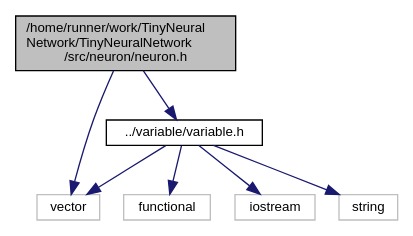
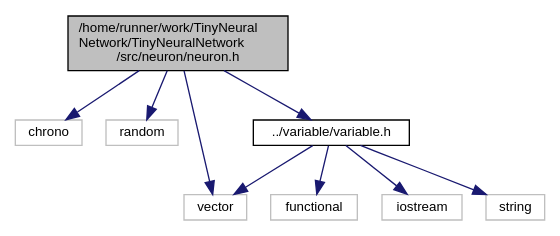
One commit to MaoSong2022/TinyNeuralNetwork changed the diagram in neuron_8h__incl.dot. Above: the diagram before and after it, drawn with Graphviz. The commit also changed 93 other files, not shown here.

```diff
--- a/neuron_8h__incl.dot
+++ b/neuron_8h__incl.dot
@@ -1,18 +1,22 @@
 digraph "/home/runner/work/TinyNeuralNetwork/TinyNeuralNetwork/src/neuron/neuron.h"
 {
  // LATEX_PDF_SIZE
   edge [fontname="Helvetica",fontsize="10",labelfontname="Helvetica",labelfontsize="10"];
   node [fontname="Helvetica",fontsize="10",shape=record];
   Node1 [label="/home/runner/work/TinyNeural\lNetwork/TinyNeuralNetwork\l/src/neuron/neuron.h",height=0.2,width=0.4,color="black", fillcolor="grey75", style="filled", fontcolor="black",tooltip=" "];
   Node1 -> Node2 [color="midnightblue",fontsize="10",style="solid",fontname="Helvetica"];
-  Node2 [label="vector",height=0.2,width=0.4,color="grey75", fillcolor="white", style="filled",tooltip=" "];
+  Node2 [label="chrono",height=0.2,width=0.4,color="grey75", fillcolor="white", style="filled",tooltip=" "];
   Node1 -> Node3 [color="midnightblue",fontsize="10",style="solid",fontname="Helvetica"];
-  Node3 [label="../variable/variable.h",height=0.2,width=0.4,color="black", fillcolor="white", style="filled",URL="$variable_8h.html",tooltip=" "];
-  Node3 -> Node4 [color="midnightblue",fontsize="10",style="solid",fontname="Helvetica"];
-  Node4 [label="functional",height=0.2,width=0.4,color="grey75", fillcolor="white", style="filled",tooltip=" "];
-  Node3 -> Node5 [color="midnightblue",fontsize="10",style="solid",fontname="Helvetica"];
-  Node5 [label="iostream",height=0.2,width=0.4,color="grey75", fillcolor="white", style="filled",tooltip=" "];
-  Node3 -> Node6 [color="midnightblue",fontsize="10",style="solid",fontname="Helvetica"];
-  Node6 [label="string",height=0.2,width=0.4,color="grey75", fillcolor="white", style="filled",tooltip=" "];
-  Node3 -> Node2 [color="midnightblue",fontsize="10",style="solid",fontname="Helvetica"];
+  Node3 [label="random",height=0.2,width=0.4,color="grey75", fillcolor="white", style="filled",tooltip=" "];
+  Node1 -> Node4 [color="midnightblue",fontsize="10",style="solid",fontname="Helvetica"];
+  Node4 [label="vector",height=0.2,width=0.4,color="grey75", fillcolor="white", style="filled",tooltip=" "];
+  Node1 -> Node5 [color="midnightblue",fontsize="10",style="solid",fontname="Helvetica"];
+  Node5 [label="../variable/variable.h",height=0.2,width=0.4,color="black", fillcolor="white", style="filled",URL="$variable_8h.html",tooltip=" "];
+  Node5 -> Node6 [color="midnightblue",fontsize="10",style="solid",fontname="Helvetica"];
+  Node6 [label="functional",height=0.2,width=0.4,color="grey75", fillcolor="white", style="filled",tooltip=" "];
+  Node5 -> Node7 [color="midnightblue",fontsize="10",style="solid",fontname="Helvetica"];
+  Node7 [label="iostream",height=0.2,width=0.4,color="grey75", fillcolor="white", style="filled",tooltip=" "];
+  Node5 -> Node8 [color="midnightblue",fontsize="10",style="solid",fontname="Helvetica"];
+  Node8 [label="string",height=0.2,width=0.4,color="grey75", fillcolor="white", style="filled",tooltip=" "];
+  Node5 -> Node4 [color="midnightblue",fontsize="10",style="solid",fontname="Helvetica"];
 }
```
